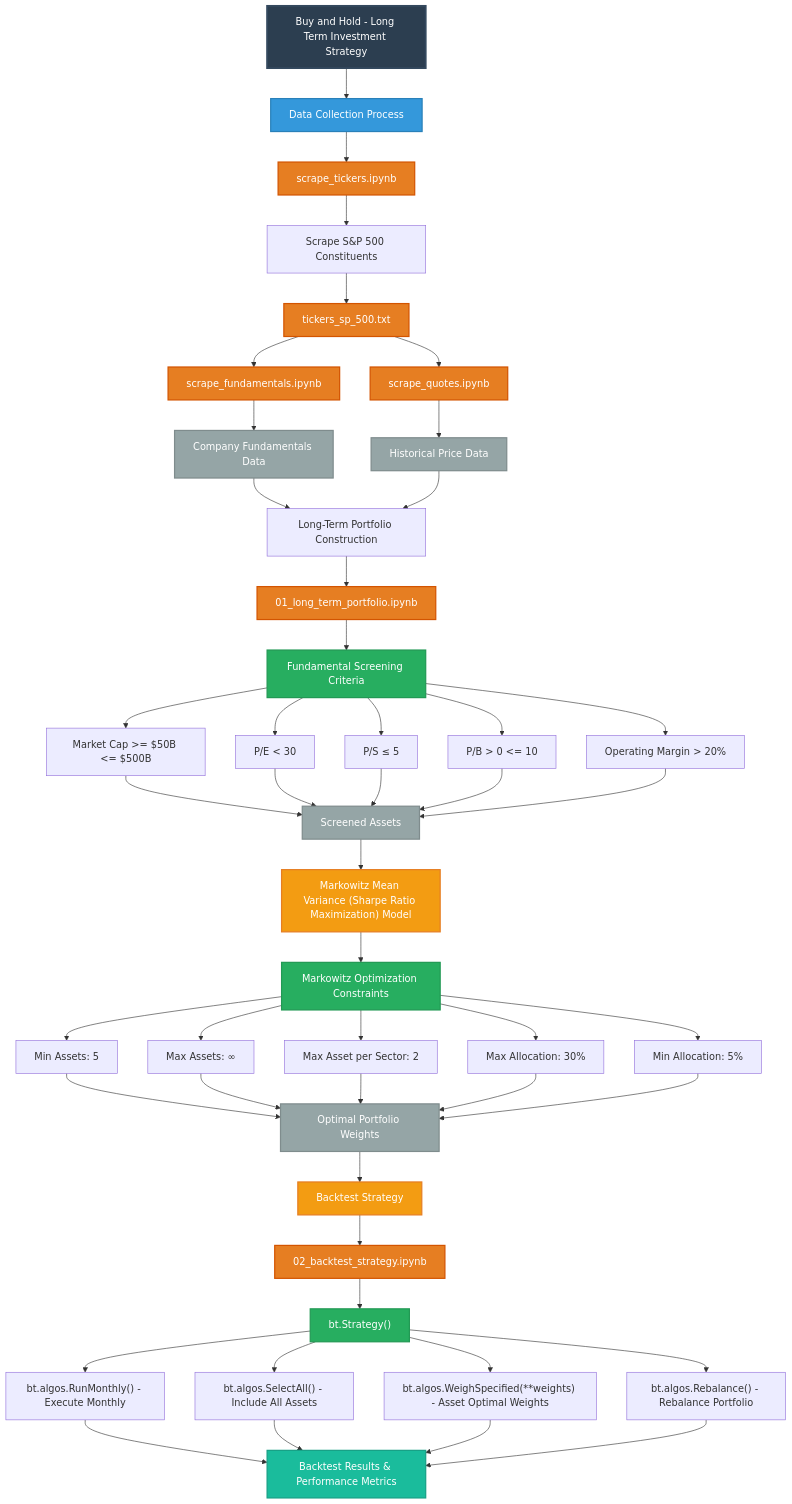
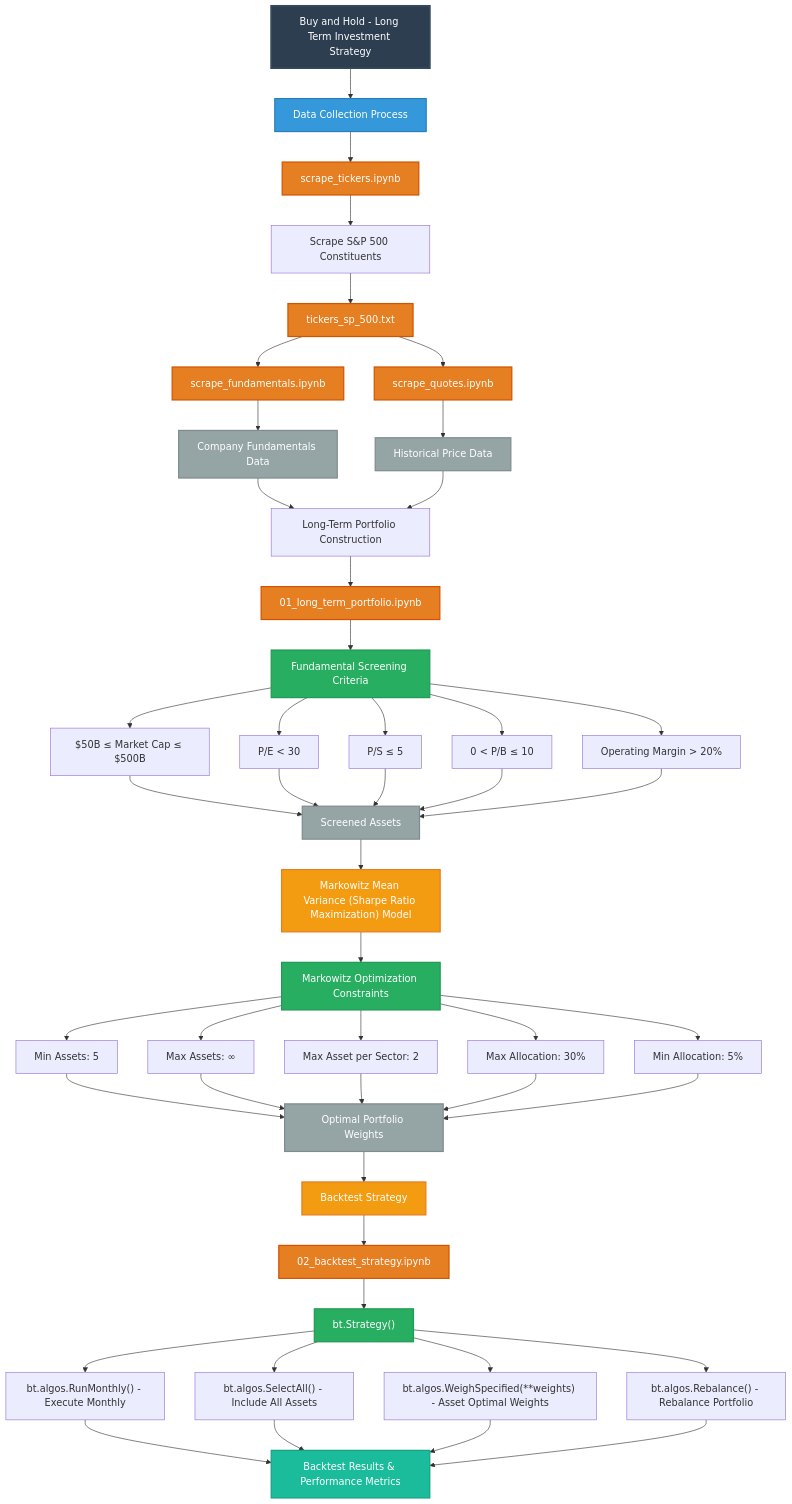
Before and after one commit to renan-peres/mfin-algo-trading-team: the diagram in README.md, drawn with Mermaid. The commit also changed 3 other files, not shown here.

```diff
--- a/README.md
+++ b/README.md
@@ -26,10 +26,10 @@
     
     %% Screening Criteria
     G --> C2[Fundamental Screening Criteria]
-    C2 --> C3[Market Cap >= $50B <= $500B]
+    C2 --> C3[$50B ≤ Market Cap ≤ $500B]
     C2 --> C4[P/E < 30]
     C2 --> C5[P/S ≤ 5]
-    C2 --> C6[P/B > 0 <= 10]
+    C2 --> C6[0 < P/B ≤ 10]
     C2 --> C7[Operating Margin > 20%]
     
     %% Screened Results
```
